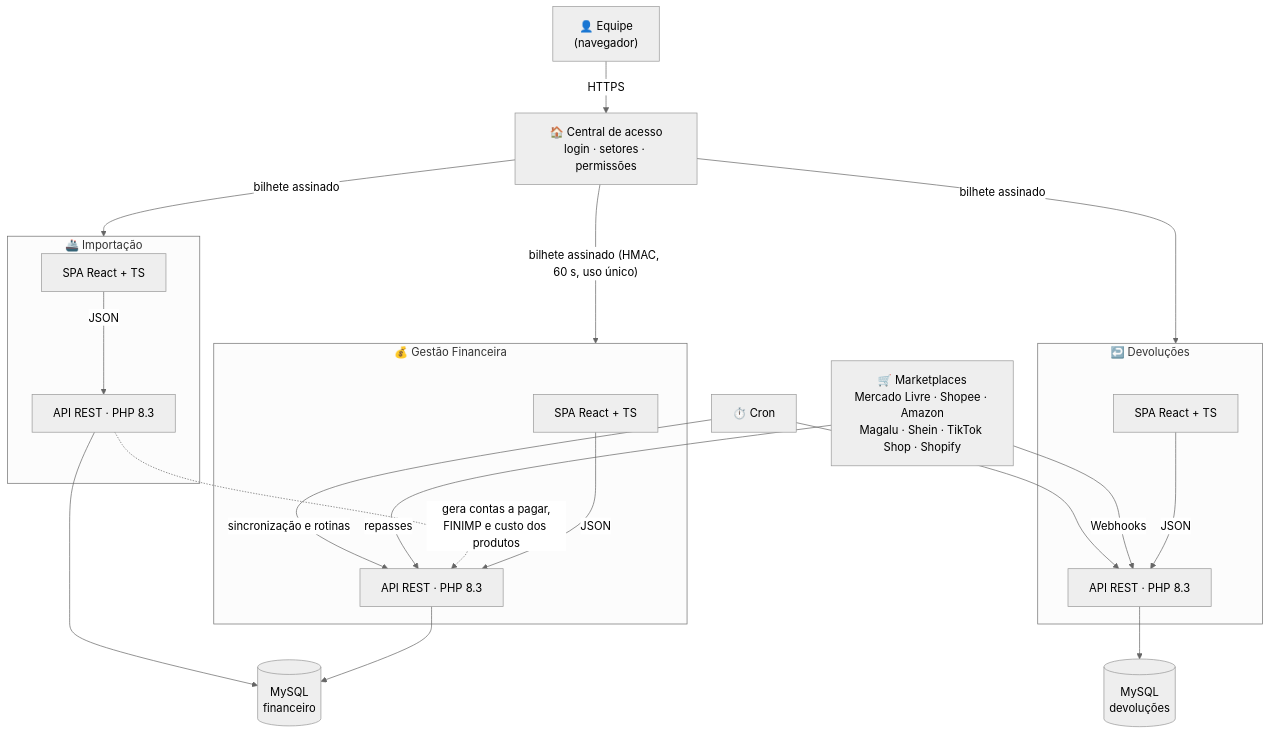
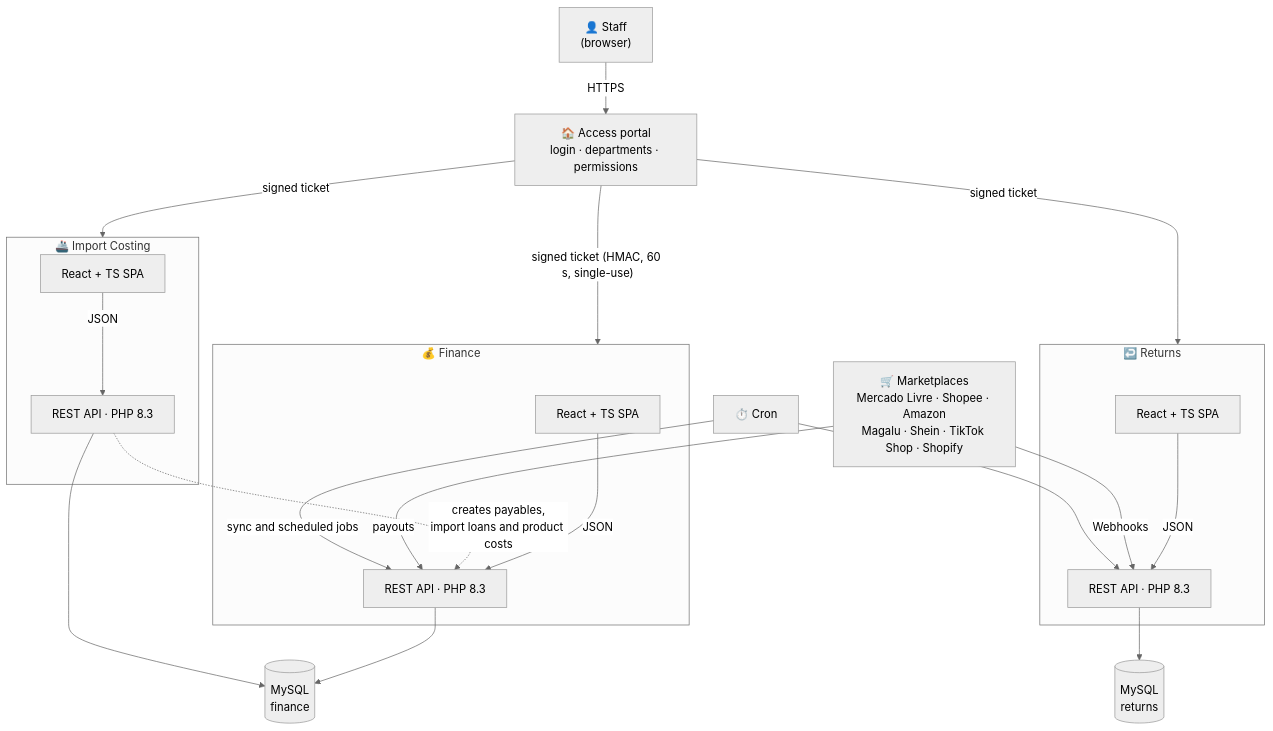
The diagram in README.md (GustavoCJSilva/GustavoCJSilva), drawn with Mermaid (neutral theme) before and after one commit. The commit also changed other lines of this file, not shown here.

````diff
--- a/README.md
+++ b/README.md
@@ -64,28 +67,28 @@
 ```mermaid
 flowchart TB
-    U["👤 Equipe<br/>(navegador)"] -->|HTTPS| P["🏠 Central de acesso<br/>login · setores · permissões"]
+    U["👤 Staff<br/>(browser)"] -->|HTTPS| P["🏠 Access portal<br/>login · departments · permissions"]
 
-    P -->|"bilhete assinado (HMAC, 60 s, uso único)"| GF
-    P -->|"bilhete assinado"| IMP
-    P -->|"bilhete assinado"| DEV
+    P -->|"signed ticket (HMAC, 60 s, single-use)"| GF
+    P -->|"signed ticket"| IMP
+    P -->|"signed ticket"| DEV
 
-    subgraph GF["💰 Gestão Financeira"]
-        GF_SPA["SPA React + TS"] -->|JSON| GF_API["API REST · PHP 8.3"]
+    subgraph GF["💰 Finance"]
+        GF_SPA["React + TS SPA"] -->|JSON| GF_API["REST API · PHP 8.3"]
     end
-    subgraph IMP["🚢 Importação"]
-        IMP_SPA["SPA React + TS"] -->|JSON| IMP_API["API REST · PHP 8.3"]
+    subgraph IMP["🚢 Import Costing"]
+        IMP_SPA["React + TS SPA"] -->|JSON| IMP_API["REST API · PHP 8.3"]
     end
-    subgraph DEV["↩️ Devoluções"]
-        DEV_SPA["SPA React + TS"] -->|JSON| DEV_API["API REST · PHP 8.3"]
+    subgraph DEV["↩️ Returns"]
+        DEV_SPA["React + TS SPA"] -->|JSON| DEV_API["REST API · PHP 8.3"]
     end
 
-    GF_API --> DBF[("MySQL<br/>financeiro")]
+    GF_API --> DBF[("MySQL<br/>finance")]
     IMP_API --> DBF
-    DEV_API --> DBD[("MySQL<br/>devoluções")]
-    IMP_API -. "gera contas a pagar,<br/>FINIMP e custo dos produtos" .-> GF_API
+    DEV_API --> DBD[("MySQL<br/>returns")]
+    IMP_API -. "creates payables,<br/>import loans and product costs" .-> GF_API
 
     MP["🛒 Marketplaces<br/>Mercado Livre · Shopee · Amazon<br/>Magalu · Shein · TikTok Shop · Shopify"] -->|Webhooks| DEV_API
-    MP -->|repasses| GF_API
-    CRON["⏱️ Cron"] -->|sincronização e rotinas| GF_API
+    MP -->|payouts| GF_API
+    CRON["⏱️ Cron"] -->|sync and scheduled jobs| GF_API
     CRON --> DEV_API
 ```
````
